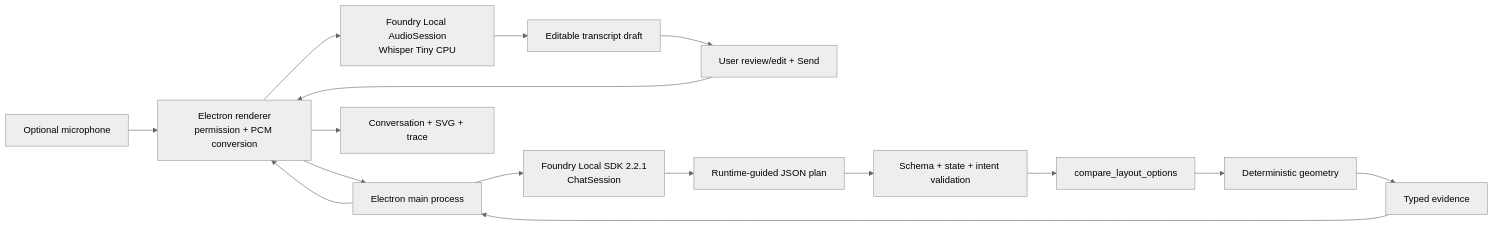
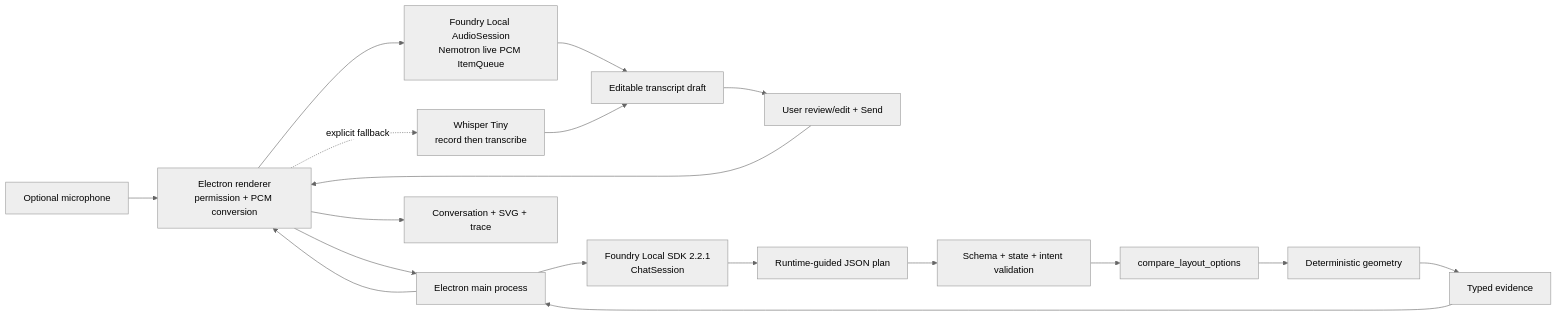
Before and after one commit to Wayne-Ch/foundry-local-new-home-app: the first of 3 diagrams in ARCHITECTURE.md, drawn with Mermaid (neutral theme). The commit also changed other lines of this file and 28 other files, not shown here.

First line of the commit message:
Add Nemotron live captions

````diff
--- a/ARCHITECTURE.md
+++ b/ARCHITECTURE.md
@@ -5,18 +5,20 @@
 ```mermaid
 flowchart LR
   MIC[Optional microphone] --> R[Electron renderer<br/>permission + PCM conversion]
-  R --> ASR[Foundry Local AudioSession<br/>Whisper Tiny CPU]
+  R --> ASR[Foundry Local AudioSession<br/>Nemotron live PCM ItemQueue]
+  R -. explicit fallback .-> W[Whisper Tiny<br/>record then transcribe]
   ASR --> D[Editable transcript draft]
+  W --> D
   D --> U[User review/edit + Send]
   U --> R
   R --> M[Electron main process]
   M --> FL[Foundry Local SDK 2.2.1<br/>ChatSession]
   FL --> P[Runtime-guided JSON plan]
   P --> V[Schema + state + intent validation]
   V --> T[compare_layout_options]
   T --> G[Deterministic geometry]
   G --> E[Typed evidence]
   E --> M
   M --> R
   R --> S[Conversation + SVG + trace]
 ```
````
